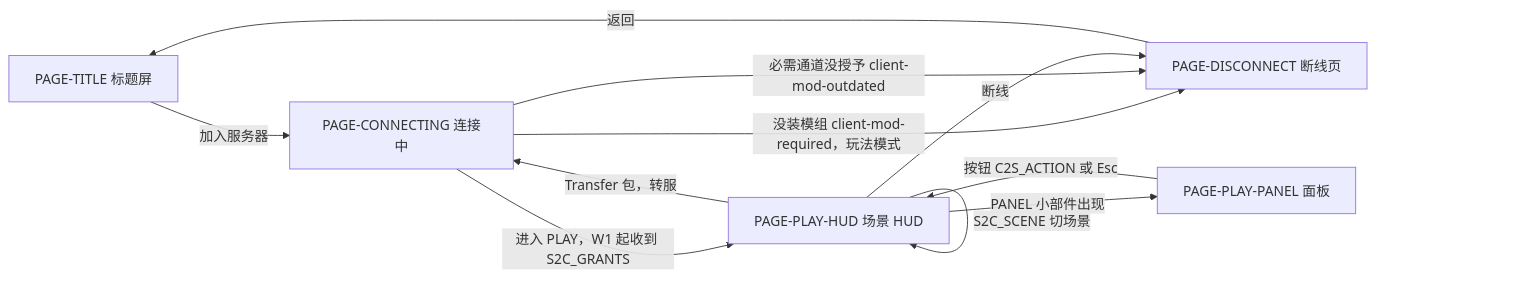
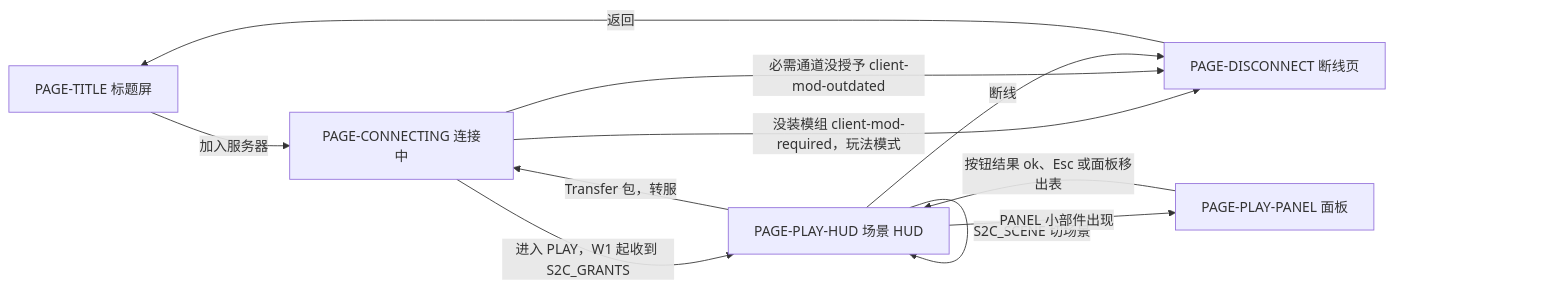
The ninth of 9 diagrams in docs/DESIGN-PLAY.md (Bearisbug/synaxis), drawn with Mermaid before and after one commit. The commit also changed other lines of this file, not shown here.

Commit message:
docs: DESIGN-PLAY v0.8 states the client PlayModule: layout, three widgets, panel screen, action key H, ready probe, Q0c

````diff
--- a/docs/DESIGN-PLAY.md
+++ b/docs/DESIGN-PLAY.md
@@ -1260,13 +1267,13 @@
 ```mermaid
 flowchart LR
   PAGE_TITLE["PAGE-TITLE 标题屏"] -->|加入服务器| PAGE_CONNECTING["PAGE-CONNECTING 连接中"]
   PAGE_CONNECTING -->|没装模组 client-mod-required，玩法模式| PAGE_DISCONNECT["PAGE-DISCONNECT 断线页"]
   PAGE_CONNECTING -->|必需通道没授予 client-mod-outdated| PAGE_DISCONNECT
   PAGE_CONNECTING -->|进入 PLAY，W1 起收到 S2C_GRANTS| PAGE_PLAY_HUD["PAGE-PLAY-HUD 场景 HUD"]
   PAGE_PLAY_HUD -->|S2C_SCENE 切场景| PAGE_PLAY_HUD
   PAGE_PLAY_HUD -->|PANEL 小部件出现| PAGE_PLAY_PANEL["PAGE-PLAY-PANEL 面板"]
-  PAGE_PLAY_PANEL -->|按钮 C2S_ACTION 或 Esc| PAGE_PLAY_HUD
+  PAGE_PLAY_PANEL -->|按钮结果 ok、Esc 或面板移出表| PAGE_PLAY_HUD
   PAGE_PLAY_HUD -->|Transfer 包，转服| PAGE_CONNECTING
   PAGE_PLAY_HUD -->|断线| PAGE_DISCONNECT
   PAGE_DISCONNECT -->|返回| PAGE_TITLE
 ```
````
